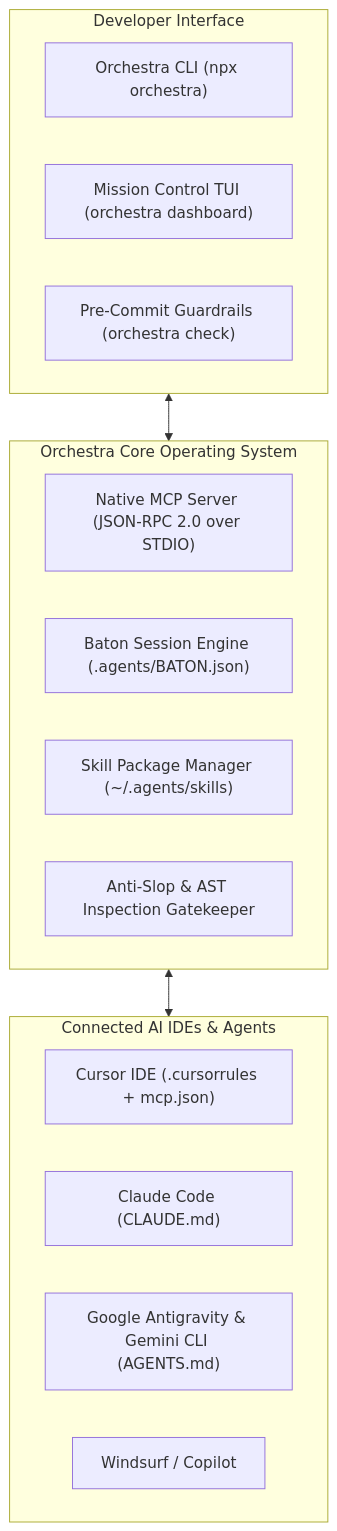
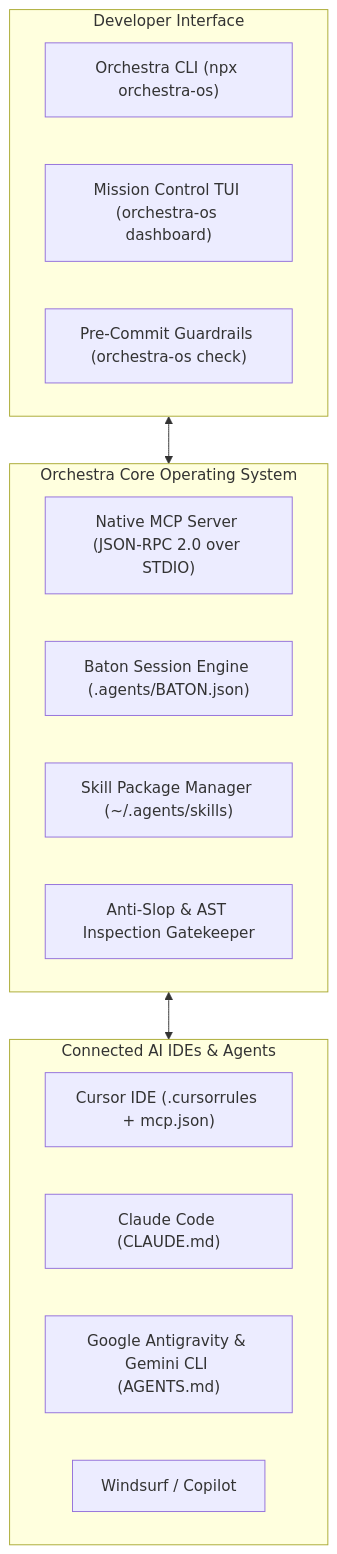
The diagram in README.md (ReyCannavaro/orchestra), drawn with Mermaid before and after one commit. The commit also changed other lines of this file and 4 other files, not shown here.

````diff
--- a/README.md
+++ b/README.md
@@ -89,25 +89,25 @@
 ```mermaid
 flowchart TD
     subgraph Human["Developer Interface"]
-        CLI["Orchestra CLI (npx orchestra)"]
-        TUI["Mission Control TUI (orchestra dashboard)"]
-        GitHooks["Pre-Commit Guardrails (orchestra check)"]
+        CLI["Orchestra CLI (npx orchestra-os)"]
+        TUI["Mission Control TUI (orchestra-os dashboard)"]
+        GitHooks["Pre-Commit Guardrails (orchestra-os check)"]
     end
 
     subgraph CoreEngine["Orchestra Core Operating System"]
         MCP["Native MCP Server (JSON-RPC 2.0 over STDIO)"]
         Baton["Baton Session Engine (.agents/BATON.json)"]
         Registry["Skill Package Manager (~/.agents/skills)"]
         Scanner["Anti-Slop & AST Inspection Gatekeeper"]
     end
 
     subgraph AIEditors["Connected AI IDEs & Agents"]
         Cursor["Cursor IDE (.cursorrules + mcp.json)"]
         Claude["Claude Code (CLAUDE.md)"]
         Antigravity["Google Antigravity & Gemini CLI (AGENTS.md)"]
         Windsurf["Windsurf / Copilot"]
     end
 
     Human <--> CoreEngine
     CoreEngine <--> AIEditors
 ```
````
